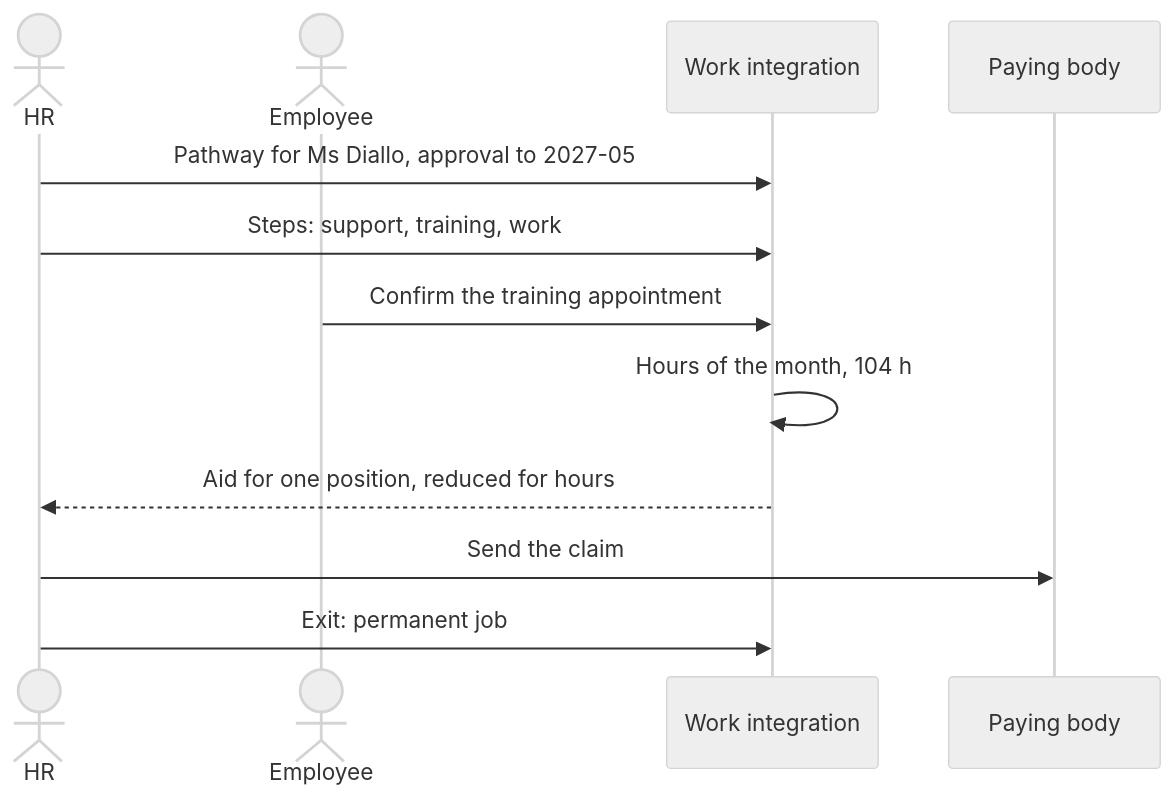
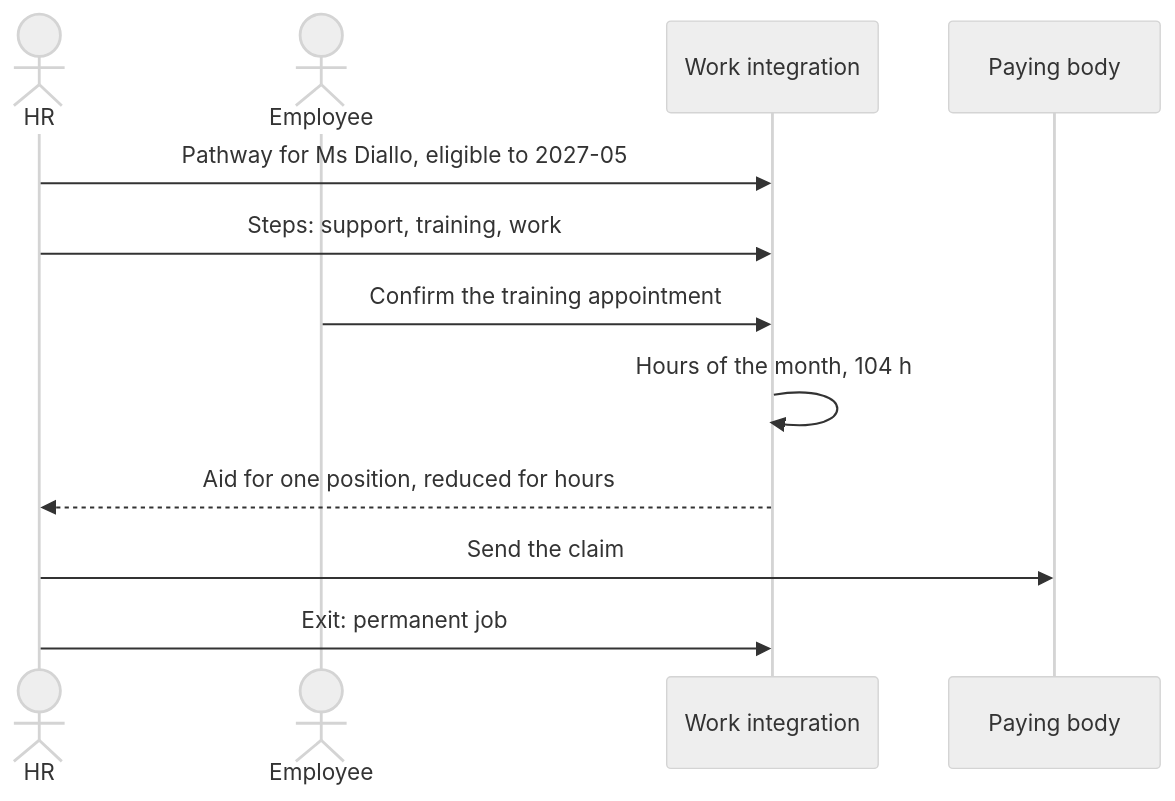
One commit to gpbcom/SimpleERP changed the diagram in docs/specs/08-sectors/sc08-non-profit/use-cases/07-foundations-integration-and-federations/uc-sc08-22-run-a-work-integration-enterprise.md. Above: the diagram before and after it, drawn with Mermaid (neutral theme). The commit also changed other lines of this file and 8816 other files, not shown here.

````diff
--- a/docs/specs/08-sectors/sc08-non-profit/use-cases/07-foundations-integration-and-federations/uc-sc08-22-run-a-work-integration-enterprise.md
+++ b/docs/specs/08-sectors/sc08-non-profit/use-cases/07-foundations-integration-and-federations/uc-sc08-22-run-a-work-integration-enterprise.md
@@ -128,14 +130,14 @@
 ```mermaid
 sequenceDiagram
   actor H as HR
   actor E as Employee
   participant I as Work integration
   participant B as Paying body
-  H->>I: Pathway for Ms Diallo, approval to 2027-05
+  H->>I: Pathway for Ms Diallo, eligible to 2027-05
   H->>I: Steps: support, training, work
   E->>I: Confirm the training appointment
   I->>I: Hours of the month, 104 h
   I-->>H: Aid for one position, reduced for hours
   H->>B: Send the claim
   H->>I: Exit: permanent job
 ```
````
